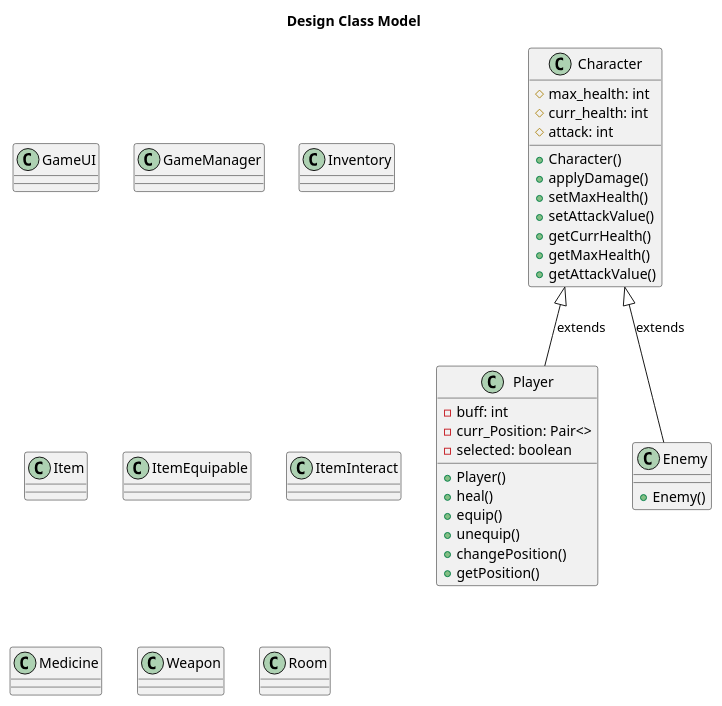
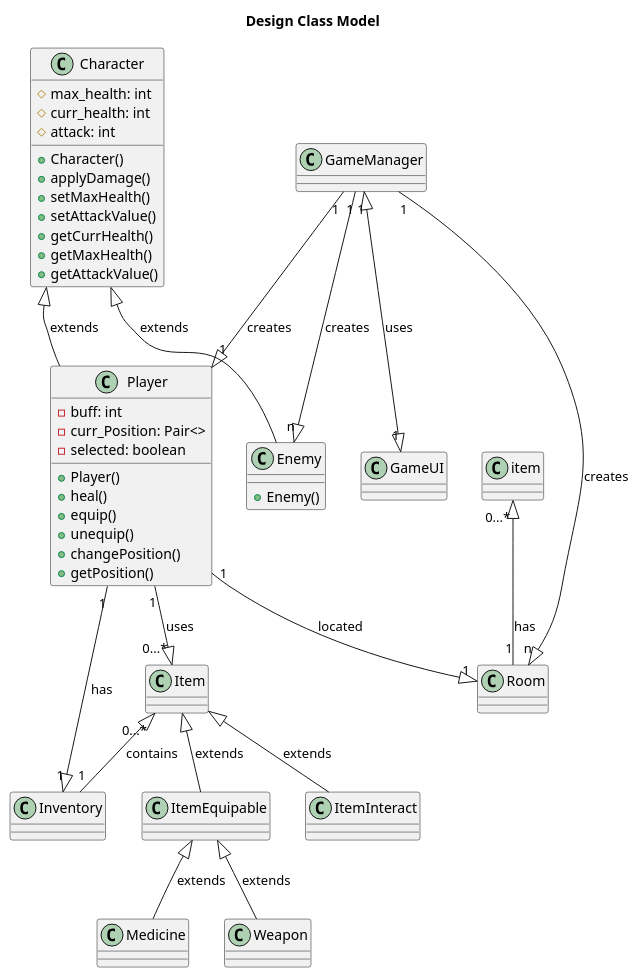
The diagram in docs/uml/DesignClassModel.plantuml (LimeiGuan/Text_Adventure_Game), drawn with PlantUML before and after one commit.

```diff
--- a/docs/uml/DesignClassModel.plantuml
+++ b/docs/uml/DesignClassModel.plantuml
@@ -1,57 +1,74 @@
 @startuml DesignClassModel
 
 title Design Class Model
 
 class Character{
   #max_health: int
   #curr_health: int
   #attack: int
   
   +Character()
   +applyDamage()
   +setMaxHealth()
   +setAttackValue()
   +getCurrHealth()
   +getMaxHealth()
   +getAttackValue()
 }
 
 class Player{
   -buff: int
   -curr_Position: Pair<>
   -selected: boolean
   
   +Player()
   +heal()
   +equip()
   +unequip()
   +changePosition()
   +getPosition()
 }
 
 class Enemy{
   +Enemy()
 }
 
 class GameUI{}
 
 class GameManager{}
 
 class Inventory{}
 
 class Item{}
 
 class ItemEquipable{}
 
 class ItemInteract{}
 
 class Medicine{}
 
 class Weapon{}
 
 class Room{}
 
-    Character <|-- Player : extends
-    Character <|-- Enemy : extends
+Character <|-- Player : extends
+Character <|-- Enemy : extends
+
+Item <|-- ItemEquipable : extends
+Item <|-- ItemInteract : extends
+Item"0...*" <|-- "1"Inventory : contains
+item"0...*" <|-- "1"Room : has
+
+ItemEquipable <|-- Weapon: extends
+ItemEquipable <|-- Medicine: extends
+
+Player"1" --|> "0...*"Item : uses 
+Player"1" --|> "1"Inventory : has
+Player"1" --|> "1"Room : located
+
+GameManager"1" --|> "1"Player : creates
+GameManager"1" --|> "n"Enemy : creates
+GameManager"1" <|--|> "1"GameUI : uses
+GameManager"1" --|> "n"Room : creates
 
 @enduml
```
